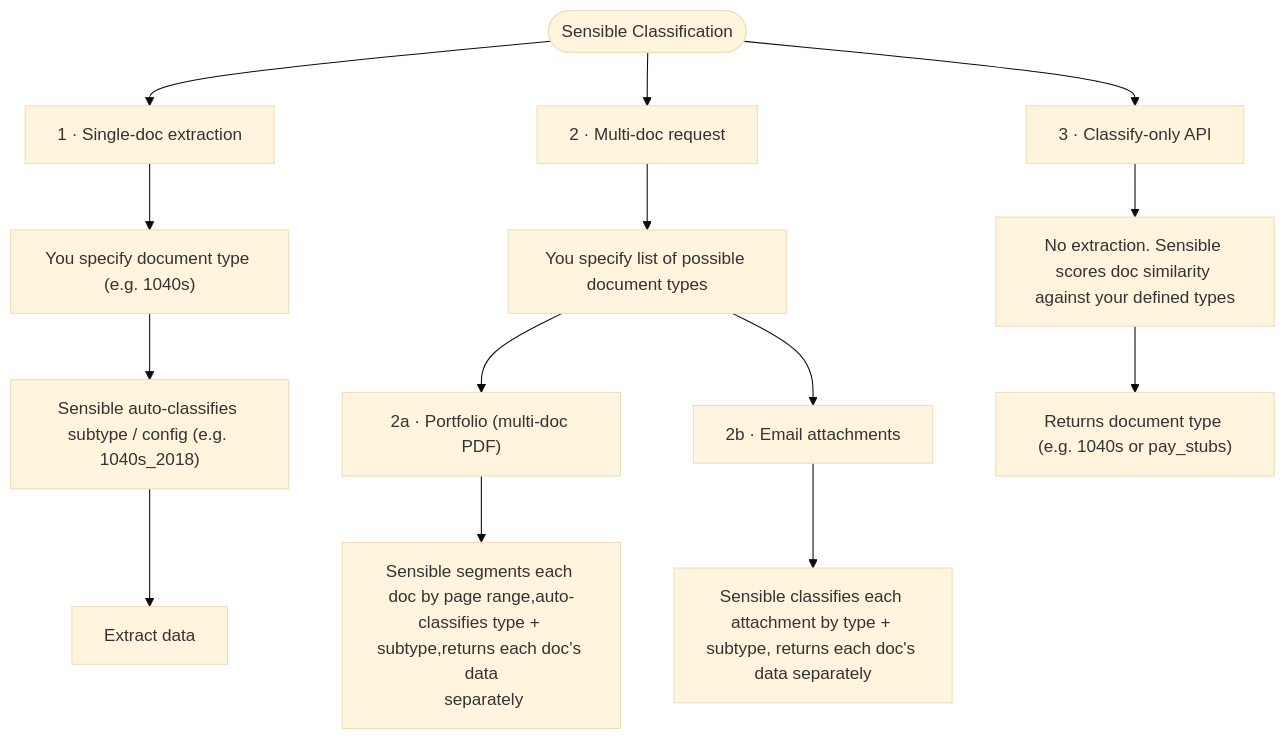
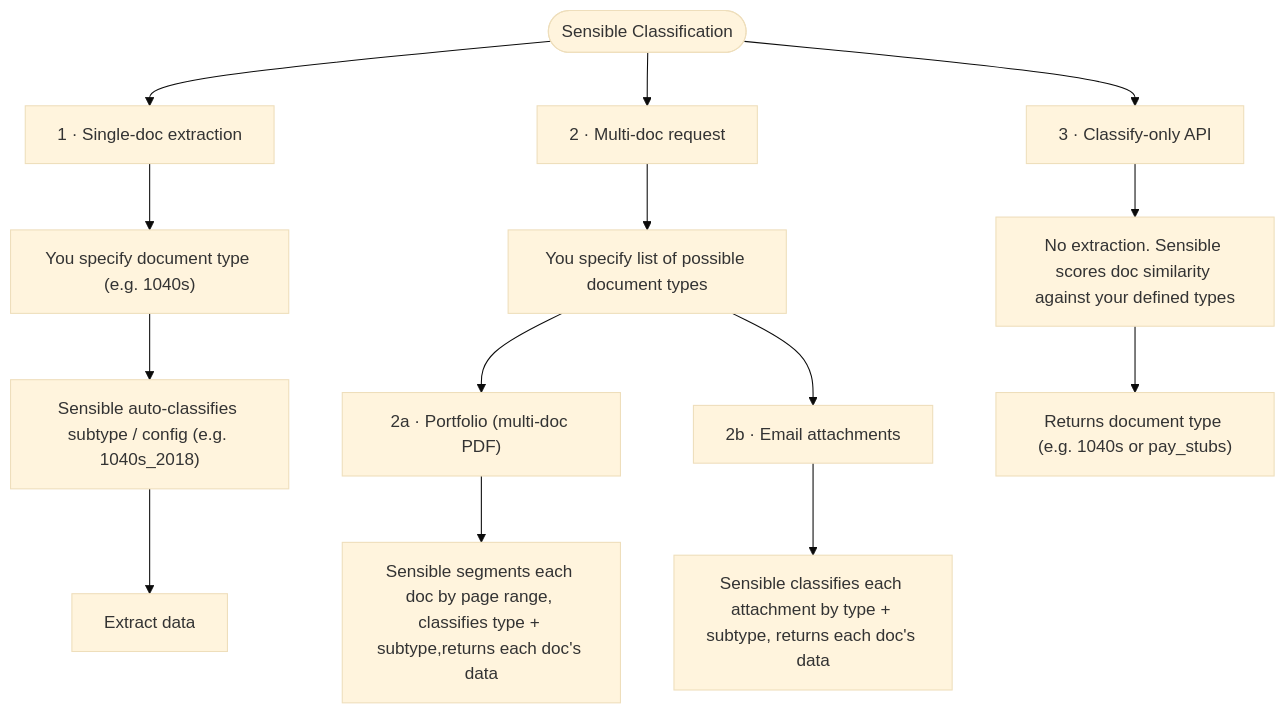
One commit to sensible-hq/sensible-docs changed the diagram in docs/document type classification/classify.md. Above: the diagram before and after it, drawn with Mermaid (base theme).

Commit message:
Update doc `classify`

````diff
--- a/docs/document type classification/classify.md
+++ b/docs/document type classification/classify.md
@@ -27,20 +27,19 @@
 ```mermaid
  flowchart TD
       A([Sensible Classification]) --> B["1 · Single-doc extraction"]
       A --> C["2 · Multi-doc request"]
       A --> D["3 · Classify-only API"]
 
       B --> B1["You specify document type (e.g. 1040s)"]
       B1 --> B2["Sensible auto-classifies subtype / config (e.g. 1040s_2018)"]
       B2 --> B3[Extract data]
 
       C --> C1["You specify list of possible document types"]
       C1 --> C2["2a · Portfolio (multi-doc PDF)"]
       C1 --> C3["2b · Email attachments"]
-      C2 --> C2a["Sensible segments each doc by page range,auto-classifies type + subtype,returns each doc's data
-  separately"]
-      C3 --> C3a["Sensible classifies each attachment by type + subtype, returns each doc's data separately"]
+      C2 --> C2a["Sensible segments each doc by page range, classifies type + subtype,returns each doc's data"]
+      C3 --> C3a["Sensible classifies each attachment by type + subtype, returns each doc's data"]
 
       D --> D1["No extraction. Sensible scores doc similarity against your defined types"]
       D1 --> D2["Returns document type (e.g. 1040s or pay_stubs)"]
 ```
````
